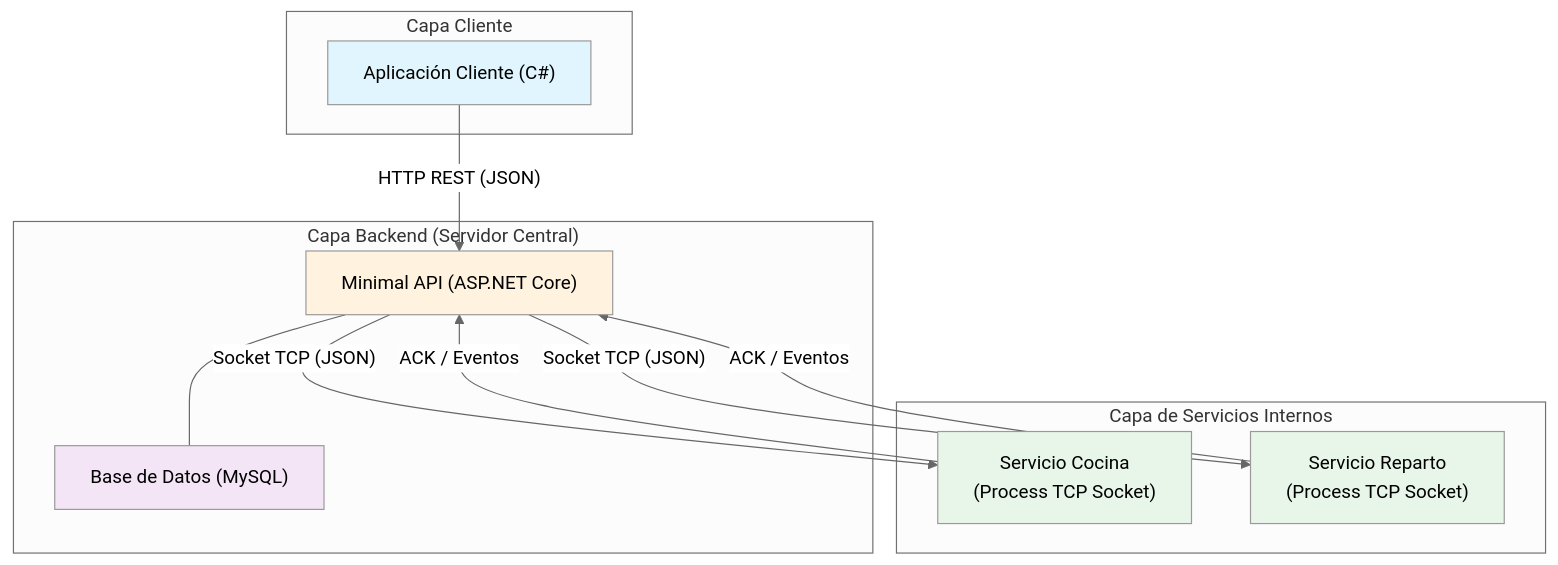
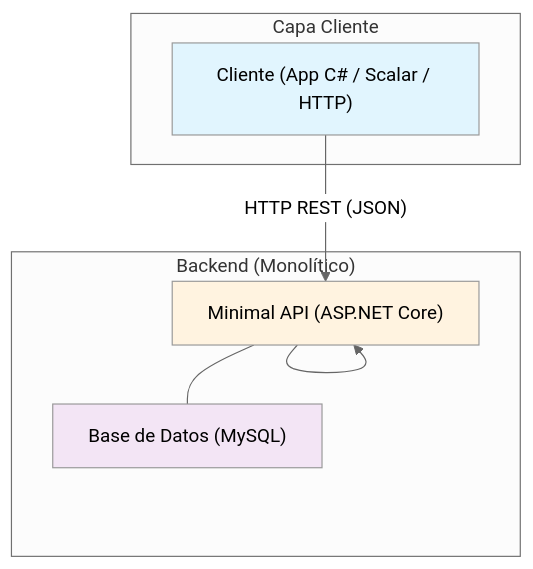
One commit to MonkiCapo/Trabajos2026 changed the diagram in Plan3.2/Docs/ArquitecturaDistribuida.md. Above: the diagram before and after it, drawn with Mermaid (neutral theme). The commit also changed other lines of this file and 131 other files, not shown here.

````diff
--- a/Plan3.2/Docs/ArquitecturaDistribuida.md
+++ b/Plan3.2/Docs/ArquitecturaDistribuida.md
@@ -10,30 +10,19 @@
 ```mermaid
 graph TB
     subgraph "Capa Cliente"
-        APP["Aplicación Cliente (C#)"]
+        APP["Cliente (App C# / Scalar / HTTP)"]
     end
 
-    subgraph "Capa Backend (Servidor Central)"
+    subgraph "Backend (Monolítico)"
         API["Minimal API (ASP.NET Core)"]
         DB["Base de Datos (MySQL)"]
         API --- DB
     end
 
-    subgraph "Capa de Servicios Internos"
-        CO["Servicio Cocina<br/>(Process TCP Socket)"]
-        RE["Servicio Reparto<br/>(Process TCP Socket)"]
-    end
-
     APP -- "HTTP REST (JSON)" --> API
-    API -- "Socket TCP (JSON)" --> CO
-    API -- "Socket TCP (JSON)" --> RE
-
-    CO -- "ACK / Eventos" --> API
-    RE -- "ACK / Eventos" --> API
+    API --> API
 
     style APP fill:#e1f5fe
     style API fill:#fff3e0
     style DB fill:#f3e5f5
-    style CO fill:#e8f5e9
-    style RE fill:#e8f5e9
 ```
````
